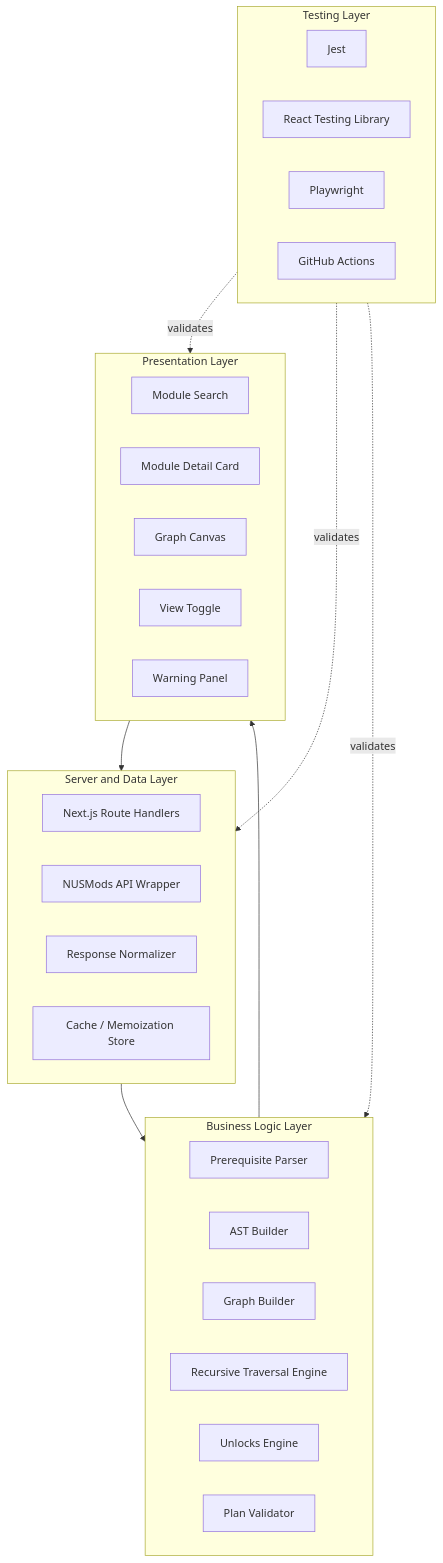
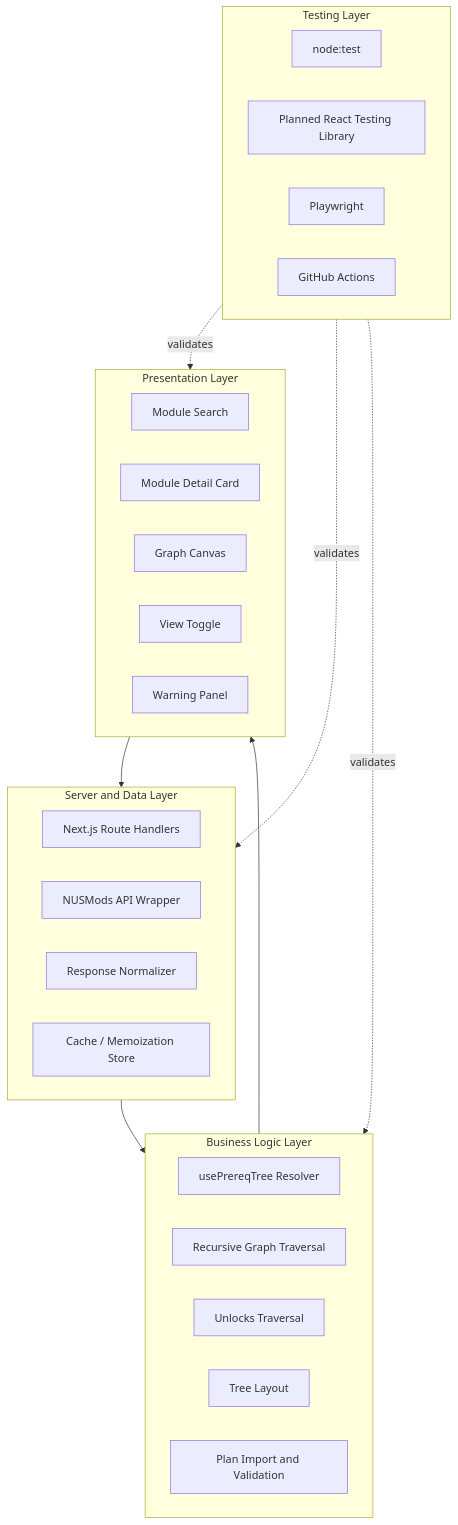
Before and after one commit to arav31/NUS-Tree: the eighth of 14 diagrams in README.md, drawn with Mermaid. The commit also changed other lines of this file and 3 other files, not shown here.

````diff
--- a/README.md
+++ b/README.md
@@ -793,40 +766,39 @@
 ```mermaid
 flowchart TB
     subgraph Presentation_Layer[Presentation Layer]
         A1[Module Search]
         A2[Module Detail Card]
         A3[Graph Canvas]
         A4[View Toggle]
         A5[Warning Panel]
     end
 
     subgraph Server_Data_Layer[Server and Data Layer]
         B1[Next.js Route Handlers]
         B2[NUSMods API Wrapper]
         B3[Response Normalizer]
         B4[Cache / Memoization Store]
     end
 
     subgraph Business_Logic_Layer[Business Logic Layer]
-        C1[Prerequisite Parser]
-        C2[AST Builder]
-        C3[Graph Builder]
-        C4[Recursive Traversal Engine]
-        C5[Unlocks Engine]
-        C6[Plan Validator]
+        C1[usePrereqTree Resolver]
+        C2[Recursive Graph Traversal]
+        C3[Unlocks Traversal]
+        C4[Tree Layout]
+        C5[Plan Import and Validation]
     end
 
     subgraph Testing_Layer[Testing Layer]
-        D1[Jest]
-        D2[React Testing Library]
+        D1[node:test]
+        D2[Planned React Testing Library]
         D3[Playwright]
         D4[GitHub Actions]
     end
 
     Presentation_Layer --> Server_Data_Layer
     Server_Data_Layer --> Business_Logic_Layer
     Business_Logic_Layer --> Presentation_Layer
     Testing_Layer -. validates .-> Presentation_Layer
     Testing_Layer -. validates .-> Server_Data_Layer
     Testing_Layer -. validates .-> Business_Logic_Layer
 ```
````
